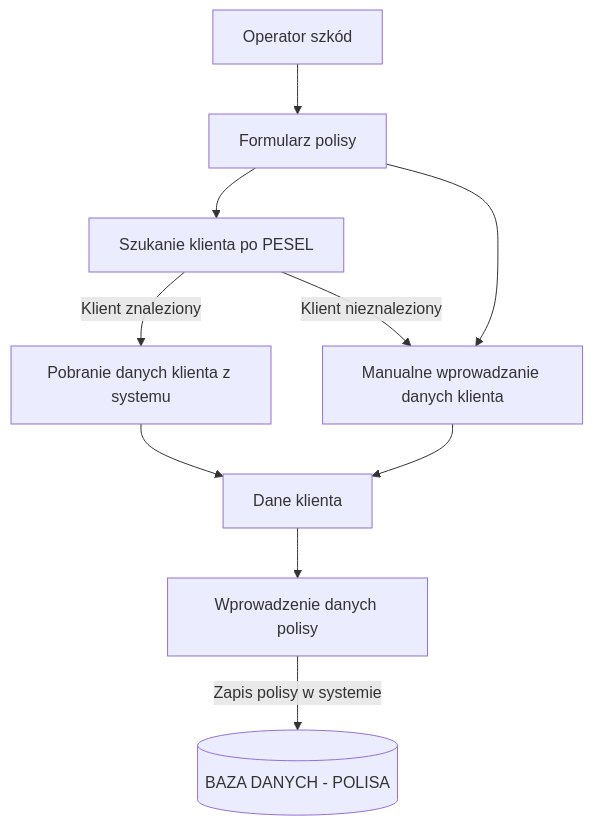
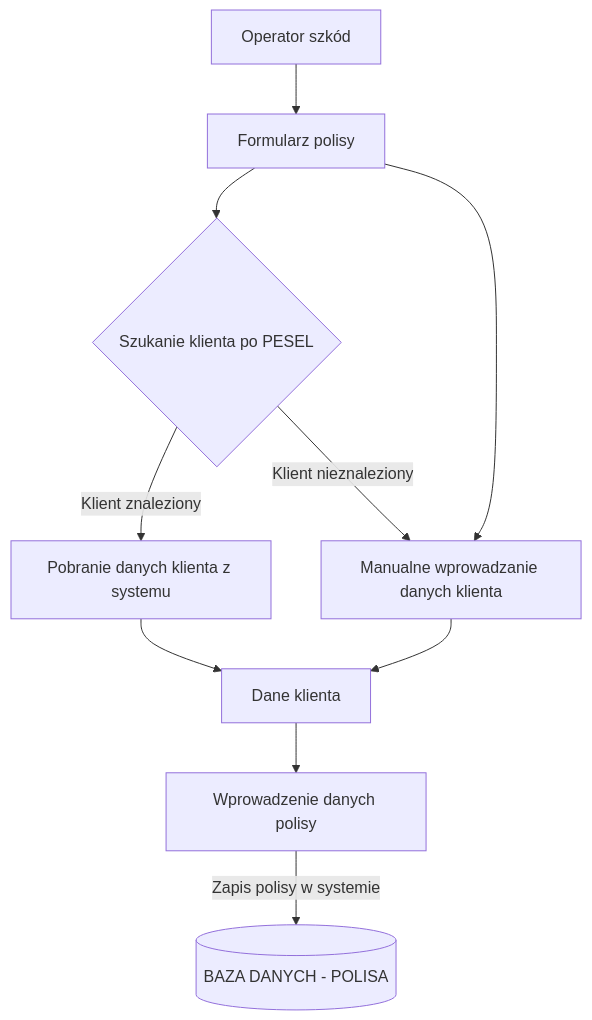
Before and after one commit to ArkadiuszBorkowski/Insurance-Management-System: the second of 5 diagrams in README.md, drawn with Mermaid.

````diff
--- a/README.md
+++ b/README.md
@@ -35,12 +35,12 @@
 ```mermaid
 graph TD
     A[Operator szkód] --> B[Formularz polisy]
-    B --> C[Szukanie klienta po PESEL]
+    B --> C{Szukanie klienta po PESEL}
     C -- Klient znaleziony -->E[Pobranie danych klienta z systemu]
     E --> M[Dane klienta]
     C -- Klient nieznaleziony --> L[Manualne wprowadzanie danych klienta]
     B --> L[Manualne wprowadzanie danych klienta]
     L --> M[Dane klienta]
     M --> N[Wprowadzenie danych polisy]
     N -- Zapis polisy w systemie--> id1[(BAZA DANYCH - POLISA)]
 ```
````
